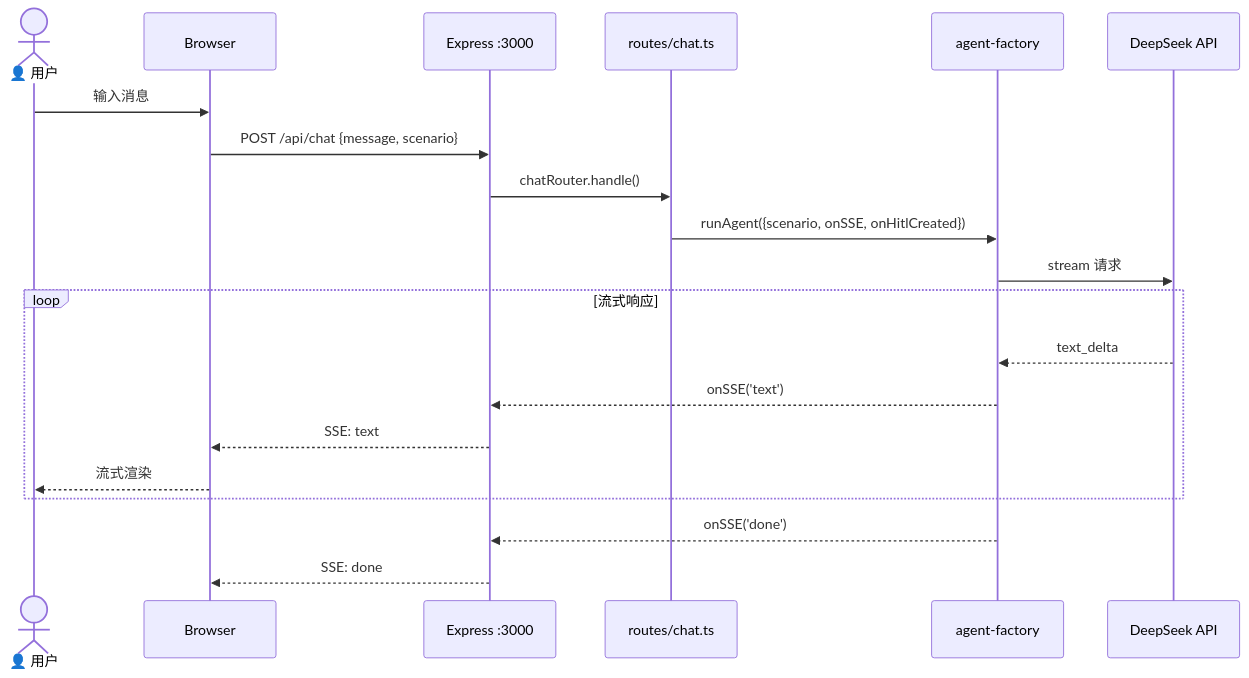
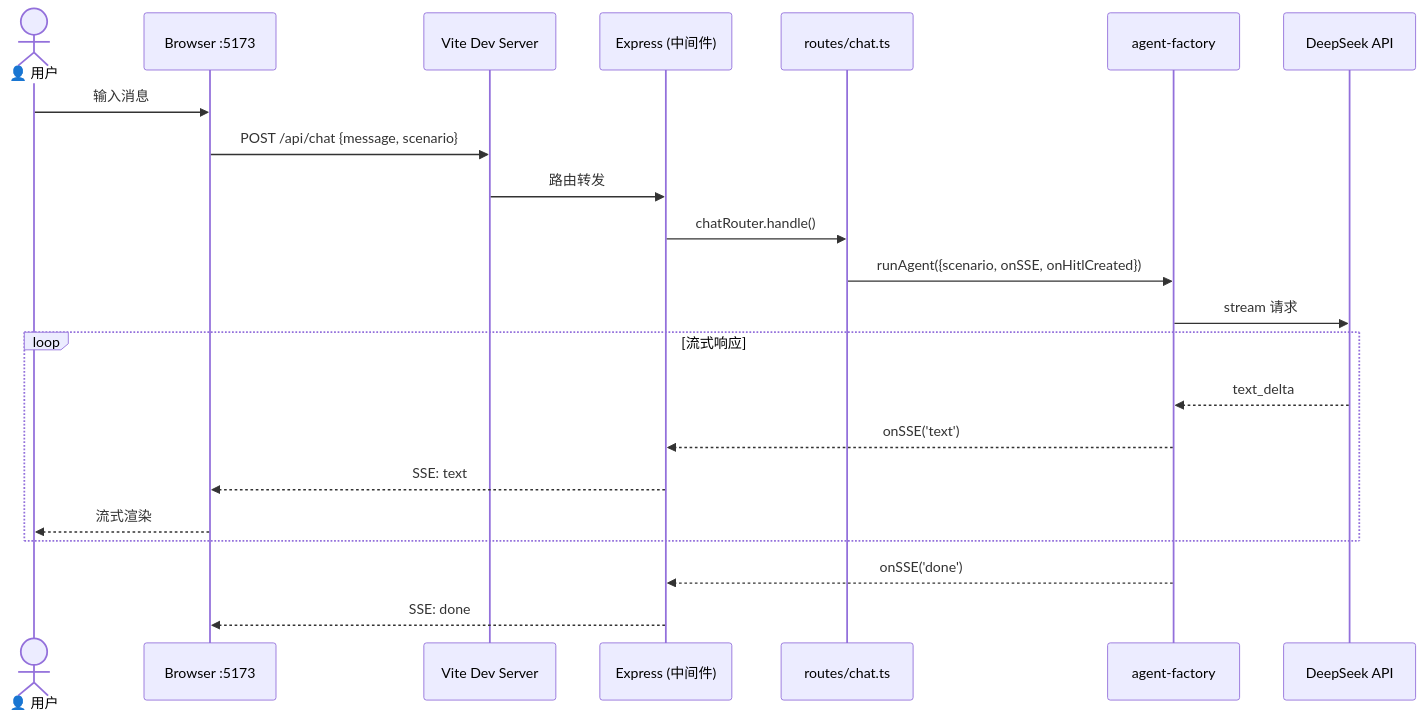
Before and after one commit to yjzaaa/leave-approval-agent: the third of 3 diagrams in src/controllers/CLAUDE.md, drawn with Mermaid. The commit also changed other lines of this file and 11 other files, not shown here.

First line of the commit message:
refactor: Vite 单进程启动 + axios API 客户端

````diff
--- a/src/controllers/CLAUDE.md
+++ b/src/controllers/CLAUDE.md
@@ -156,25 +117,27 @@
 ```mermaid
 sequenceDiagram
     actor User as 👤 用户
-    participant Browser as Browser
-    participant Express as Express :3000
+    participant Browser as Browser :5173
+    participant Vite as Vite Dev Server
+    participant Express as Express (中间件)
     participant Route as routes/chat.ts
     participant Factory as agent-factory
     participant API as DeepSeek API
 
     User->>Browser: 输入消息
-    Browser->>Express: POST /api/chat {message, scenario}
+    Browser->>Vite: POST /api/chat {message, scenario}
+    Vite->>Express: 路由转发
     Express->>Route: chatRouter.handle()
     Route->>Factory: runAgent({scenario, onSSE, onHitlCreated})
     Factory->>API: stream 请求
 
     loop 流式响应
         API-->>Factory: text_delta
         Factory-->>Express: onSSE('text')
         Express-->>Browser: SSE: text
         Browser-->>User: 流式渲染
     end
 
     Factory-->>Express: onSSE('done')
     Express-->>Browser: SSE: done
 ```
````
